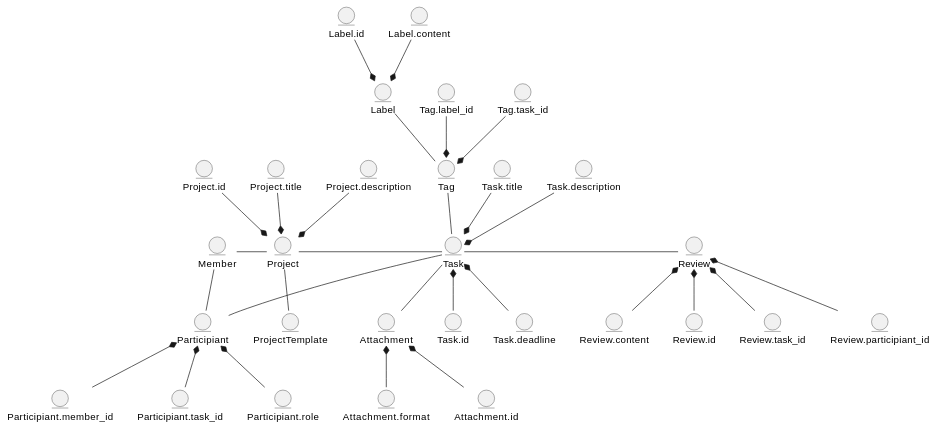
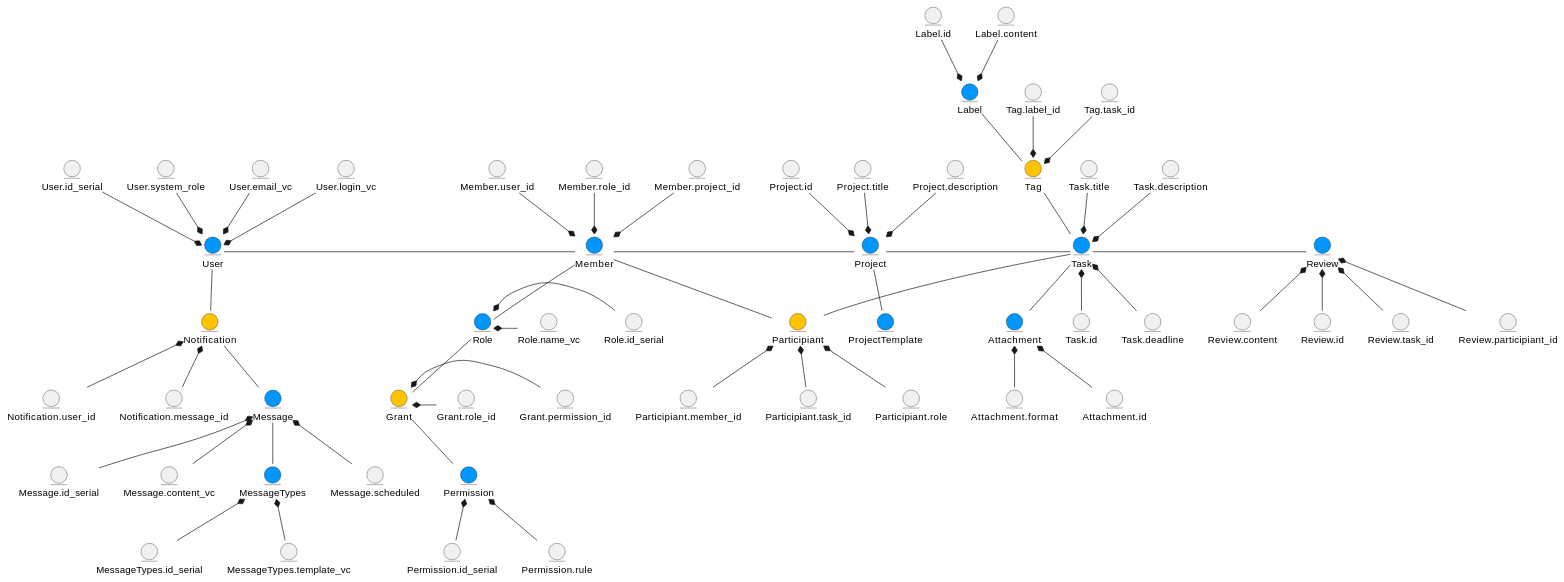
One commit to boldak/edu-db-cw changed the diagram in docs/design/README.md. Above: the diagram before and after it, drawn with PlantUML.

Commit message:
Add business object model.md

```diff
--- a/docs/design/README.md
+++ b/docs/design/README.md
@@ -9,14 +9,89 @@
 @startuml
-  entity Label
-  entity Tag
-  entity Task
-  entity Attachment
-  entity Review
-  entity Project
-  entity ProjectTemplate
-  entity Participiant
-  entity Member
+ 
+  entity Message #0096FF
+  entity MessageTypes #0096FF
+  entity User #0096FF
+  entity Notification #FFC300
+  entity Role #0096FF
+  entity Grant #FFC300
+  entity Permission #0096FF
+ 
+  entity Label #0096FF
+  entity Tag #FFC300
+  entity Task #0096FF
+  entity Attachment #0096FF
+  entity Review #0096FF
+  entity Project #0096FF
+  entity ProjectTemplate #0096FF
+  entity Participiant #FFC300
+  entity Member #0096FF
   
+  entity Member.user_id
+  entity Member.role_id
+  entity Member.project_id
+  
+  entity Role.id_serial
+  entity Role.name_vc
+
+  entity Grant.role_id
+  entity Grant.permission_id
+
+  entity Permission.id_serial
+  entity Permission.rule
+  
+  entity Notification.user_id
+  entity Notification.message_id
+  
+  entity Message.scheduled
+  entity Message.id_serial
+  entity Message.content_vc
+
+  entity MessageTypes.id_serial
+  entity MessageTypes.template_vc
+    
+  entity User.system_role
+  entity User.email_vc
+  entity User.login_vc
+  entity User.id_serial
+
+  User -r- Member
+  Member -d- Role
+  Role -d- Grant
+  Grant -d- Permission
+  
+  User -d- Notification
+  Message -u-  Notification
+  Message -d-  MessageTypes
+  
+  Member.user_id -d-* Member
+  Member.role_id -d-* Member
+  Member.project_id -d-* Member
+  
+  Role.id_serial -l-* Role
+  Role.name_vc -l-* Role
+  
+  Grant.role_id -l-* Grant
+  Grant.permission_id -l-* Grant
+  
+  Permission.id_serial -u-* Permission
+  Permission.rule -u-* Permission
+  
+  Notification.user_id -u-* Notification
+  Notification.message_id -u-* Notification
+  
+  Message.scheduled -u-* Message
+  Message.id_serial -u-* Message
+  Message.content_vc -u-* Message
+  
+  MessageTypes.id_serial -u-* MessageTypes
+  MessageTypes.template_vc -u-* MessageTypes
+  
+  User.system_role -d-* User
+  User.email_vc -d-* User
+  User.login_vc -d-* User
+  User.id_serial -d-* User
+
+
   entity Label.id
   entity Label.content
   
```
